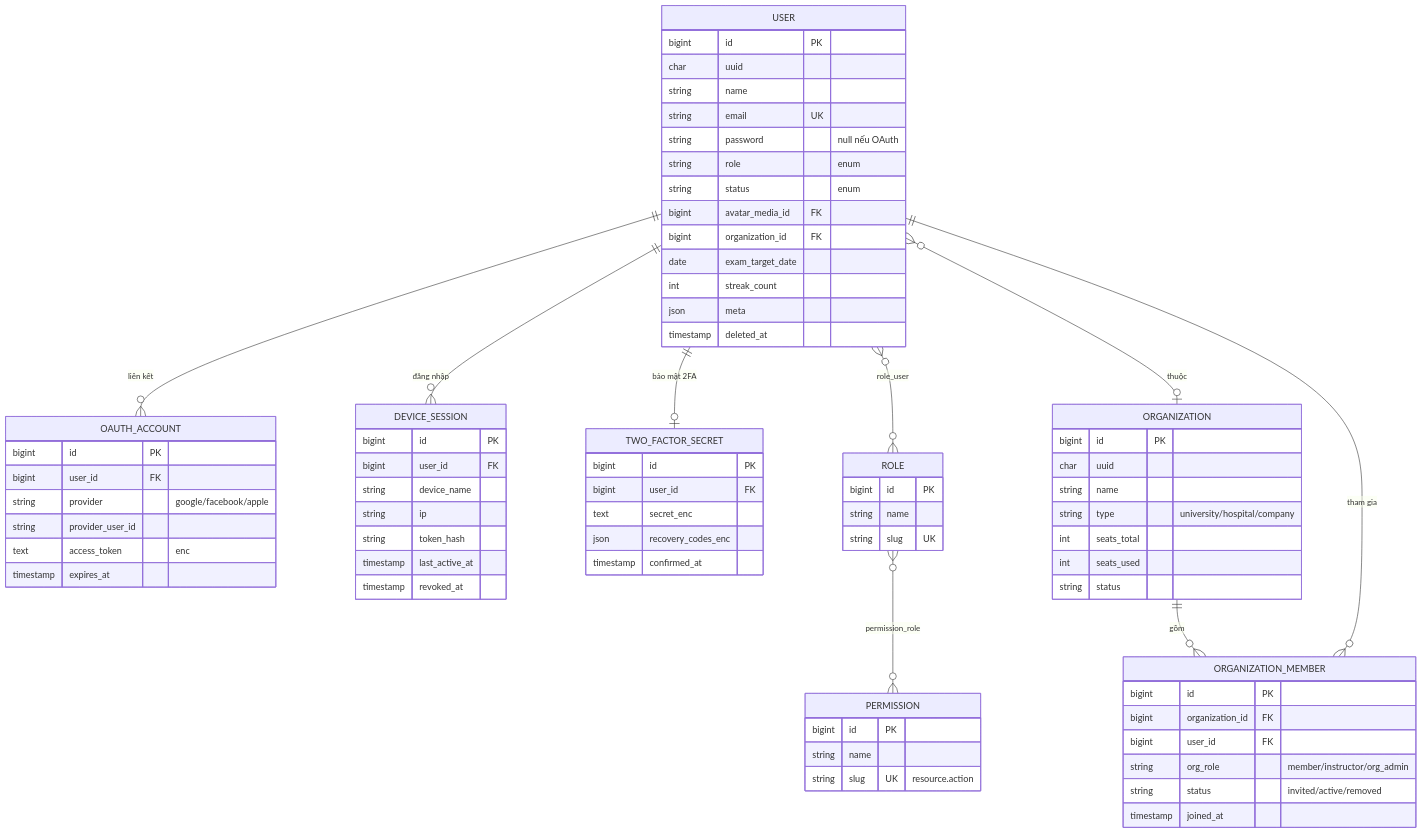
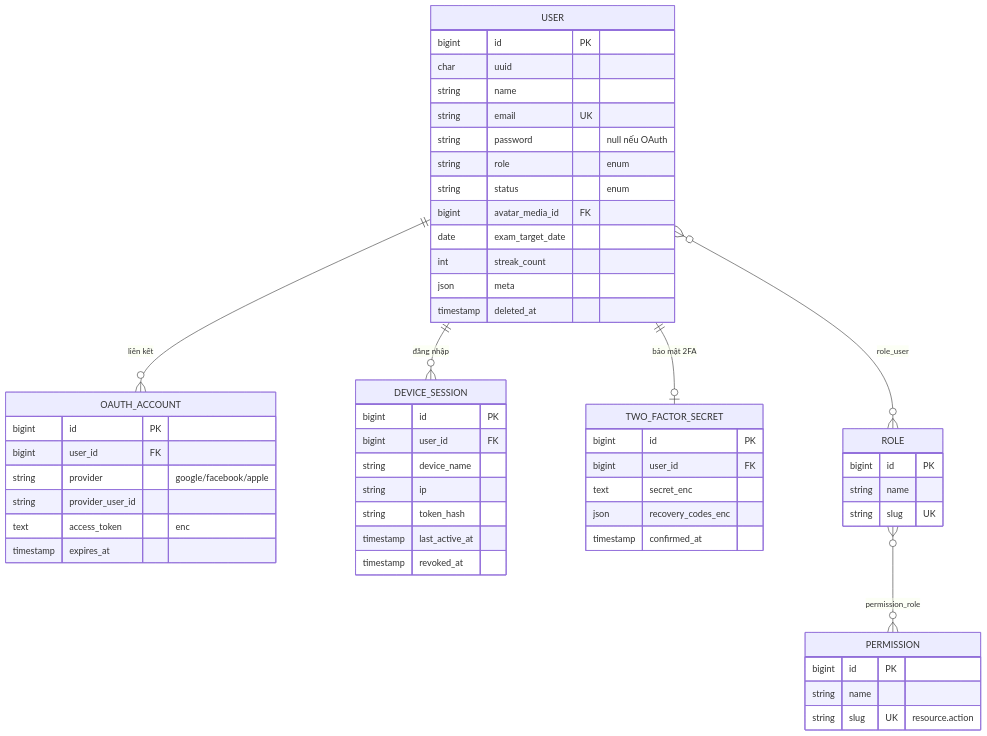
The second of 9 diagrams in srs/00-nen-tang/10-erd.md (HongQuanIT/du-an-y-khoa), drawn with Mermaid before and after one commit. The commit also changed other lines of this file and 40 other files, not shown here.

````diff
--- a/srs/00-nen-tang/10-erd.md
+++ b/srs/00-nen-tang/10-erd.md
@@ -61,78 +59,57 @@
 ```mermaid
 erDiagram
     USER ||--o{ OAUTH_ACCOUNT : "liên kết"
     USER ||--o{ DEVICE_SESSION : "đăng nhập"
     USER ||--o| TWO_FACTOR_SECRET : "bảo mật 2FA"
     USER }o--o{ ROLE : "role_user"
     ROLE }o--o{ PERMISSION : "permission_role"
-    USER }o--o| ORGANIZATION : "thuộc"
-    ORGANIZATION ||--o{ ORGANIZATION_MEMBER : "gồm"
-    USER ||--o{ ORGANIZATION_MEMBER : "tham gia"
 
     USER {
         bigint id PK
         char uuid
         string name
         string email UK
         string password "null nếu OAuth"
         string role "enum"
         string status "enum"
         bigint avatar_media_id FK
-        bigint organization_id FK
         date exam_target_date
         int streak_count
         json meta
         timestamp deleted_at
     }
     OAUTH_ACCOUNT {
         bigint id PK
         bigint user_id FK
         string provider "google/facebook/apple"
         string provider_user_id
         text access_token "enc"
         timestamp expires_at
     }
     DEVICE_SESSION {
         bigint id PK
         bigint user_id FK
         string device_name
         string ip
         string token_hash
         timestamp last_active_at
         timestamp revoked_at
     }
     TWO_FACTOR_SECRET {
         bigint id PK
         bigint user_id FK
         text secret_enc
         json recovery_codes_enc
         timestamp confirmed_at
     }
     ROLE {
         bigint id PK
         string name
         string slug UK
     }
     PERMISSION {
         bigint id PK
         string name
         string slug UK "resource.action"
     }
-    ORGANIZATION {
-        bigint id PK
-        char uuid
-        string name
-        string type "university/hospital/company"
-        int seats_total
-        int seats_used
-        string status
-    }
-    ORGANIZATION_MEMBER {
-        bigint id PK
-        bigint organization_id FK
-        bigint user_id FK
-        string org_role "member/instructor/org_admin"
-        string status "invited/active/removed"
-        timestamp joined_at
-    }
 ```
````
